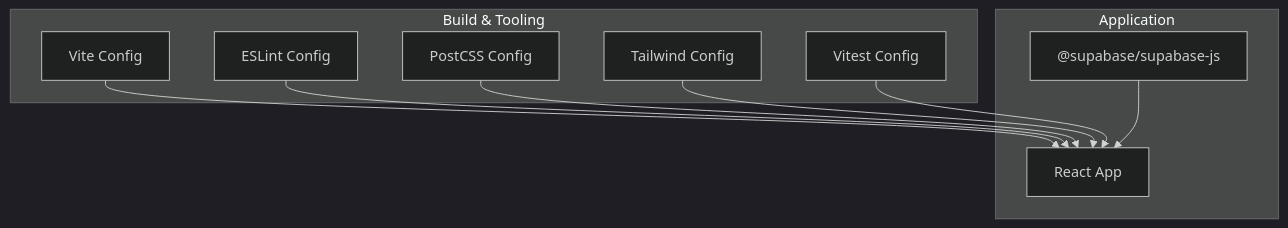
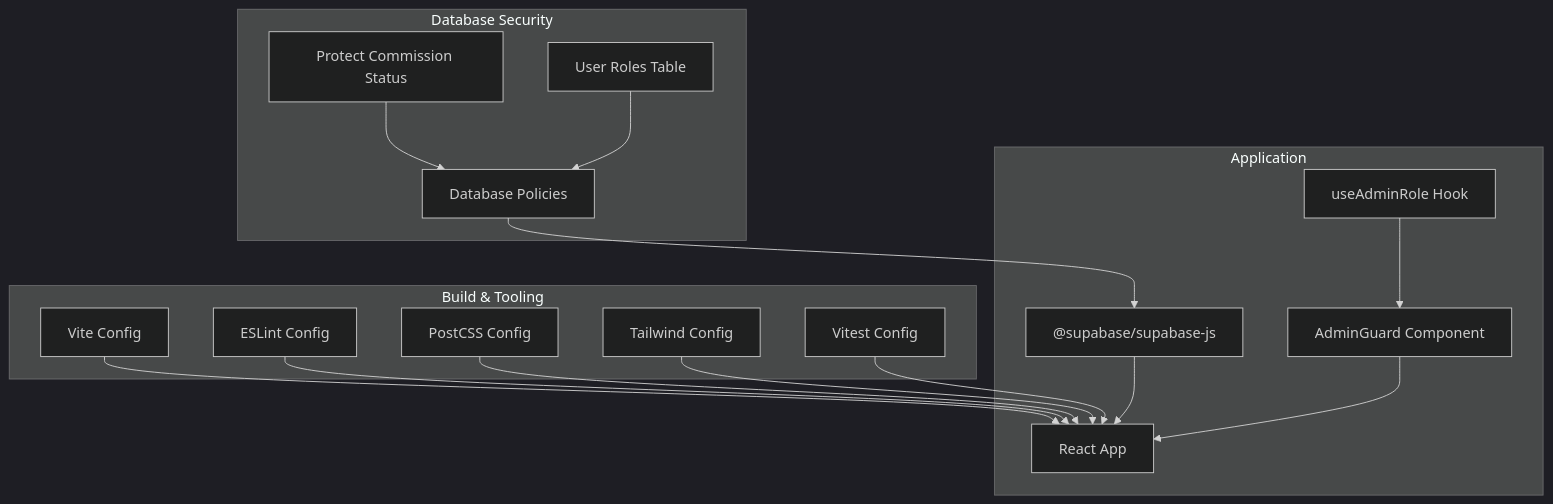
One commit to Hawky1/ryland changed the first of 4 diagrams in .qoder/repowiki/en/content/Security & Compliance.md. Above: the diagram before and after it, drawn with Mermaid (dark theme). The commit also changed other lines of this file and 26 other files, not shown here.

Commit message:
Admin enhancements: useAdminRole retry logic, AdminLeadDetailDrawer, AdminAffiliateDetail page, sidebar updates

````diff
--- a/.qoder/repowiki/en/content/Security & Compliance.md
+++ b/.qoder/repowiki/en/content/Security & Compliance.md
@@ -32,20 +47,32 @@
 ```mermaid
 graph TB
 subgraph "Build & Tooling"
 Vite["Vite Config"]
 ESLint["ESLint Config"]
 PostCSS["PostCSS Config"]
 Tailwind["Tailwind Config"]
 Vitest["Vitest Config"]
 end
 subgraph "Application"
 App["React App"]
 Supabase["@supabase/supabase-js"]
+AdminGuard["AdminGuard Component"]
+useAdminRole["useAdminRole Hook"]
+end
+subgraph "Database Security"
+DatabasePolicies["Database Policies"]
+TriggerFunction["Protect Commission Status"]
+UserRoleTable["User Roles Table"]
 end
 Vite --> App
 ESLint --> App
 PostCSS --> App
 Tailwind --> App
 Vitest --> App
 Supabase --> App
+AdminGuard --> App
+useAdminRole --> AdminGuard
+DatabasePolicies --> Supabase
+TriggerFunction --> DatabasePolicies
+UserRoleTable --> DatabasePolicies
 ```
````
